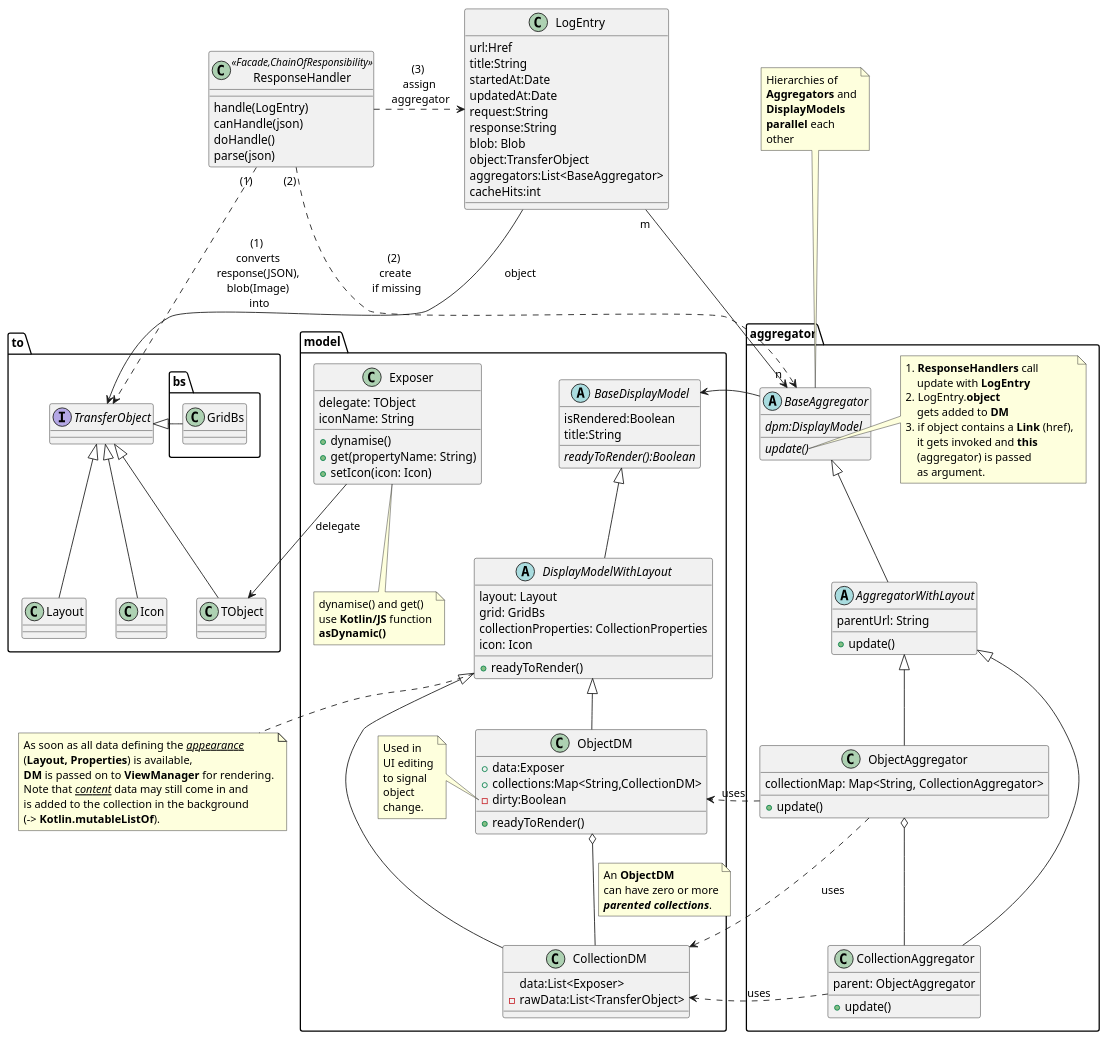
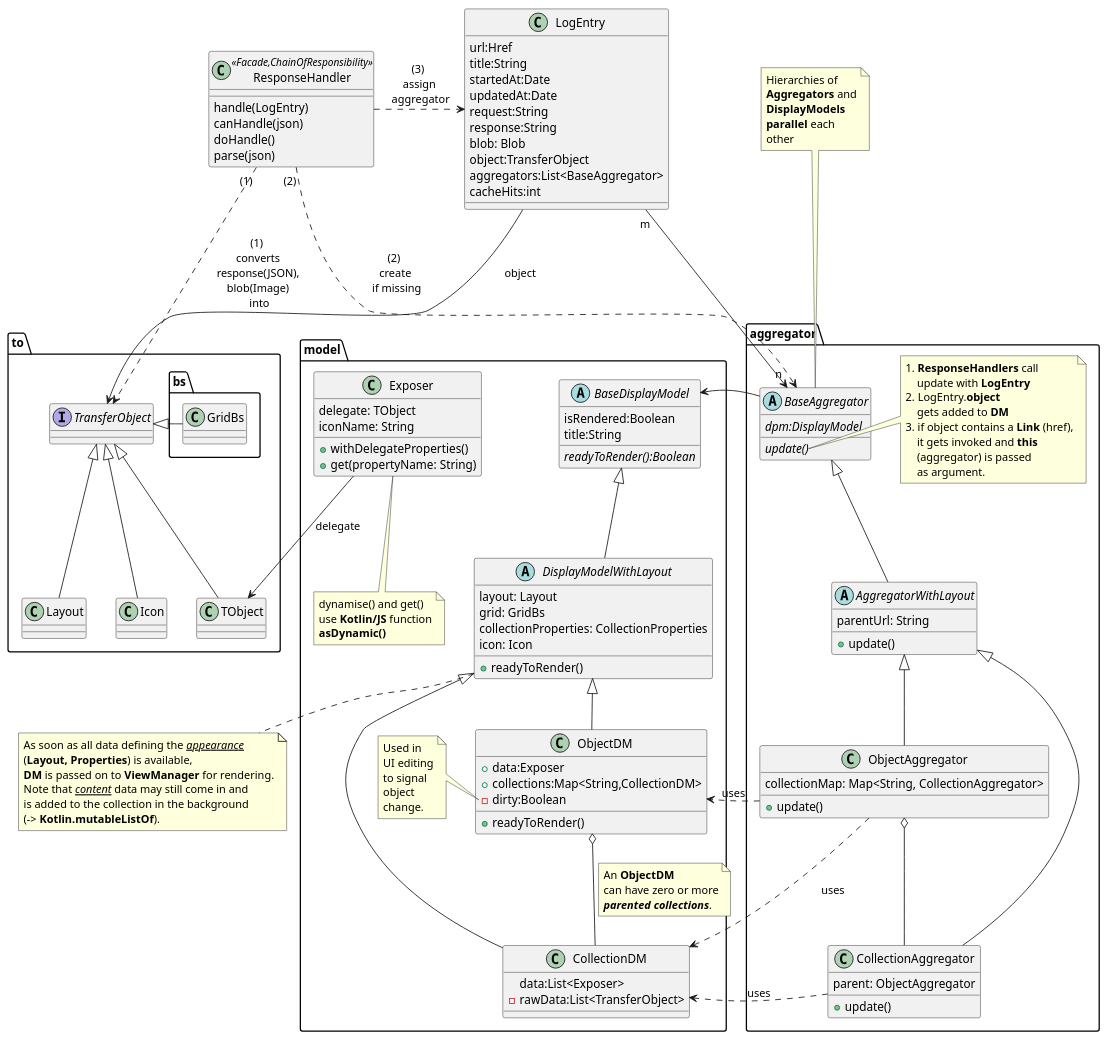
One commit to apache/causeway changed the diagram in incubator/clients/kroviz/adoc/modules/kroviz/partials/design/class-diagram_aggregator.adoc. Above: the diagram before and after it, drawn with PlantUML. The commit also changed 13 other files, not shown here.

```diff
--- a/incubator/clients/kroviz/adoc/modules/kroviz/partials/design/class-diagram_aggregator.adoc
+++ b/incubator/clients/kroviz/adoc/modules/kroviz/partials/design/class-diagram_aggregator.adoc
@@ -79,9 +79,8 @@
     class Exposer {
         delegate: TObject
         iconName: String
-        + dynamise()
+        + withDelegateProperties()
         + get(propertyName: String)
-        + setIcon(icon: Icon)
     }
     note as ExposerNote
     dynamise() and get()
```
